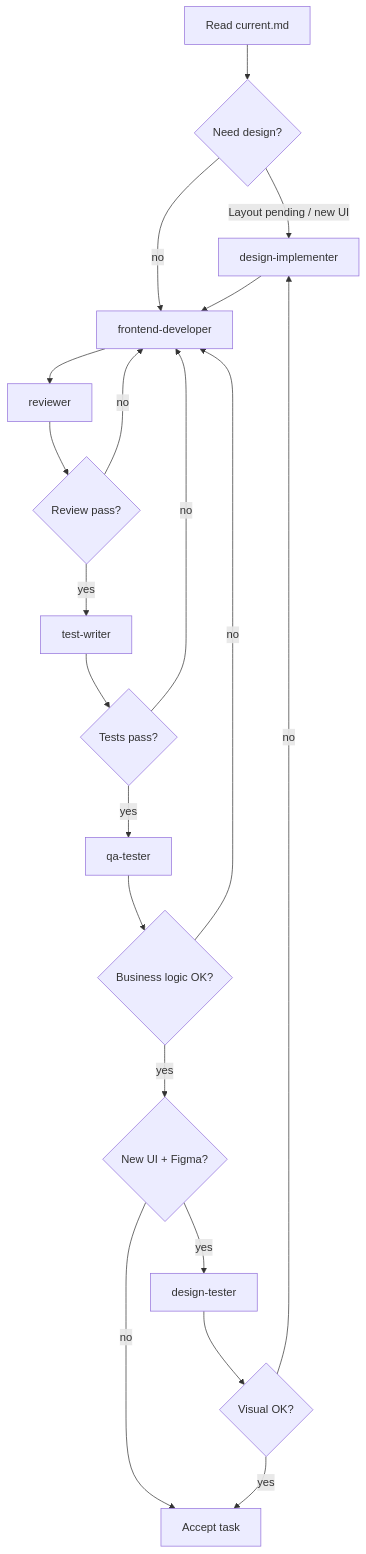
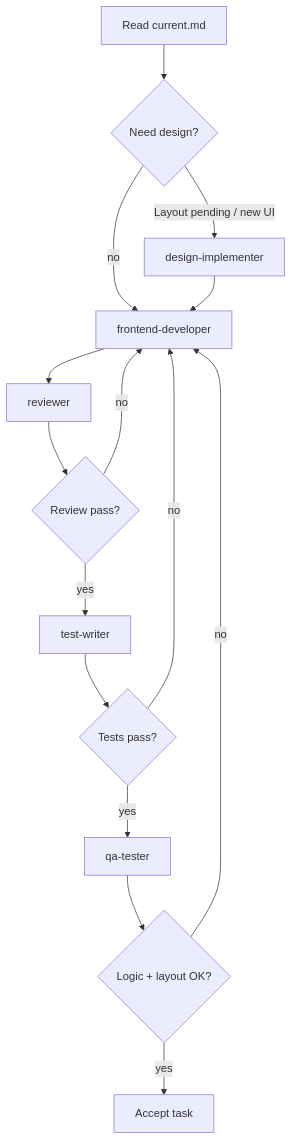
The diagram in .cursor/skills/team-orchestrator/SKILL.md (white5pace/bura-helper), drawn with Mermaid before and after one commit. The commit also changed other lines of this file and 35 other files, not shown here.

````diff
--- a/.cursor/skills/team-orchestrator/SKILL.md
+++ b/.cursor/skills/team-orchestrator/SKILL.md
@@ -34,22 +35,17 @@
 ```mermaid
 flowchart TD
   START[Read current.md] --> DI{Need design?}
   DI -->|Layout pending / new UI| DI_A[design-implementer]
   DI -->|no| FE[frontend-developer]
   DI_A --> FE
   FE --> REV[reviewer]
   REV --> RF{Review pass?}
   RF -->|no| FE
   RF -->|yes| TW[test-writer]
   TW --> TF{Tests pass?}
   TF -->|no| FE
   TF -->|yes| QA[qa-tester]
-  QA --> QF{Business logic OK?}
+  QA --> QF{Logic + layout OK?}
   QF -->|no| FE
-  QF -->|yes| DT{New UI + Figma?}
-  DT -->|yes| DT_A[design-tester]
-  DT -->|no| DONE[Accept task]
-  DT_A --> DF{Visual OK?}
-  DF -->|no| DI_A
-  DF -->|yes| DONE
+  QF -->|yes| DONE[Accept task]
 ```
````
